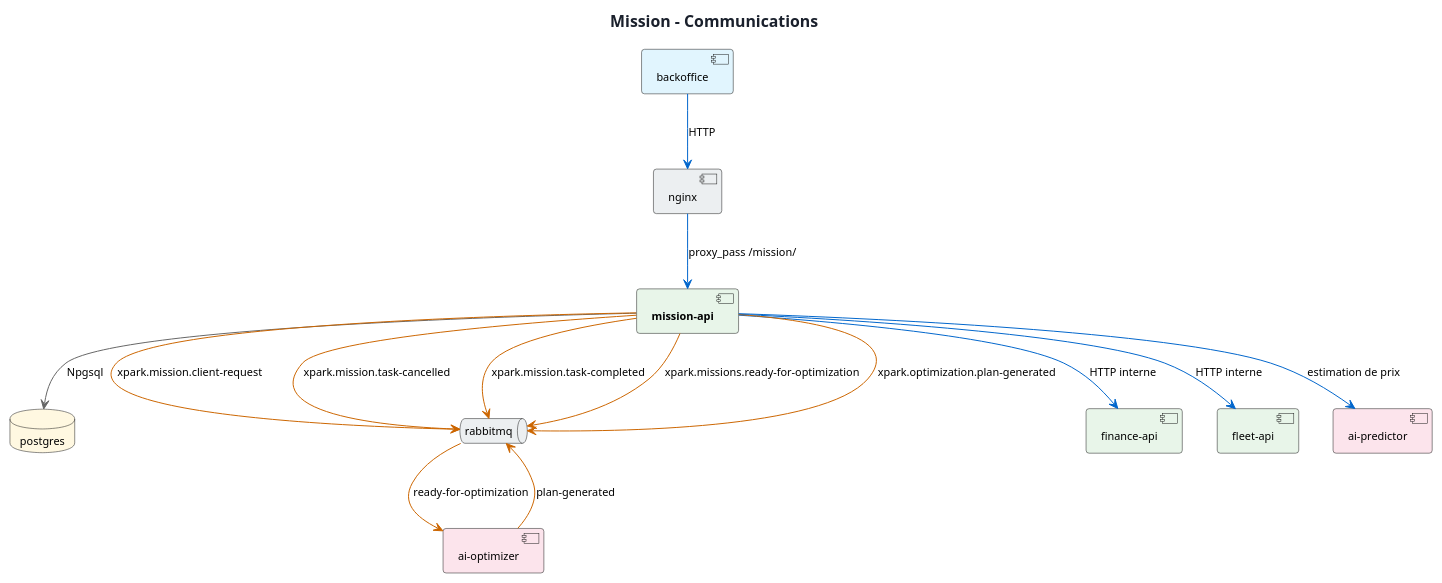
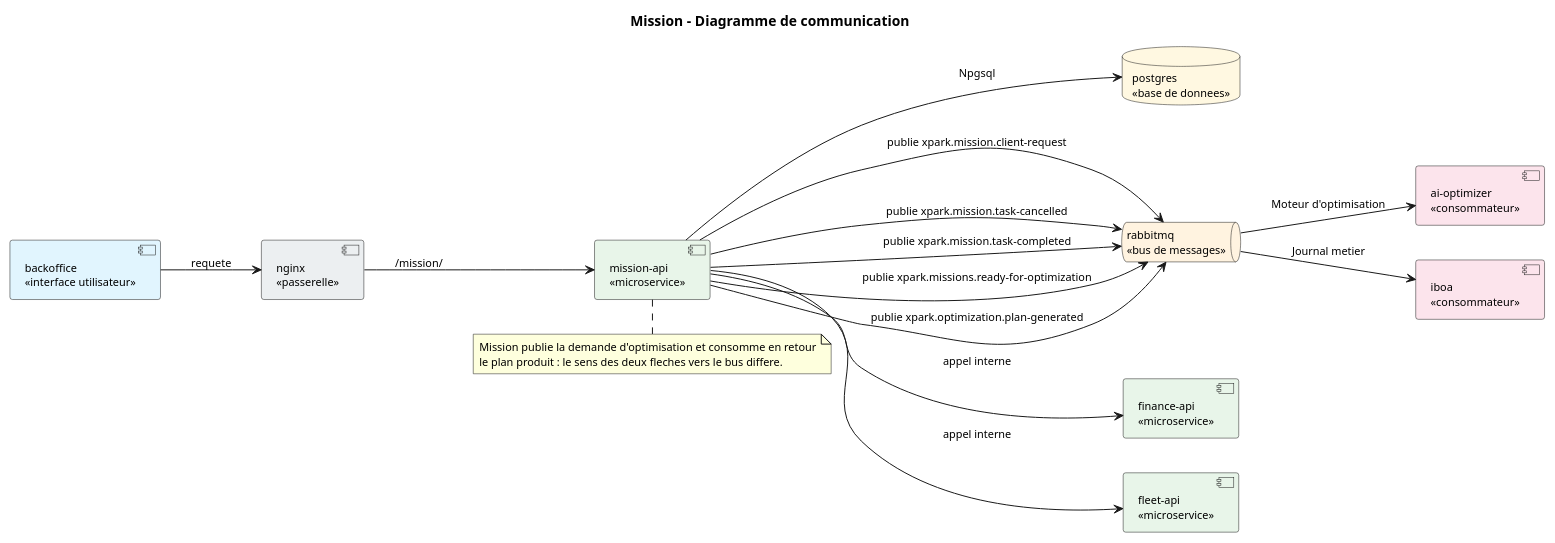
Before and after one commit to saber-barhoumi/Xpark-gmao: the diagram in docs/diagrams/microservices/Mission/Mission-communication.puml, drawn with PlantUML. The commit also changed 23 other files, not shown here.

First line of the commit message:
docs(uml): mise en page des cas d'utilisation et des communications

```diff
--- a/docs/diagrams/microservices/Mission/Mission-communication.puml
+++ b/docs/diagrams/microservices/Mission/Mission-communication.puml
@@ -1,44 +1,56 @@
 @startuml
 skinparam style strictuml
-skinparam backgroundColor #FFFFFF
+skinparam packageStyle rectangle
+skinparam classAttributeIconSize 0
 skinparam shadowing false
 skinparam defaultFontName Verdana
 skinparam defaultFontSize 11
-skinparam roundCorner 6
-skinparam ArrowColor #4A5568
-skinparam TitleFontSize 16
-skinparam TitleFontColor #1A202C
-skinparam NoteBackgroundColor #FFF8DC
-skinparam NoteBorderColor #D6BF7A
+skinparam backgroundColor #FFFFFF
+hide empty members
 skinparam componentStyle rectangle
+left to right direction
 
-title Mission - Communications
 
-skinparam componentStyle rectangle
+title Mission - Diagramme de communication
 
-component "**mission-api**" as ME #E8F5E9
+' 1. Clients
+component "backoffice\n<<interface utilisateur>>" as BO #E1F5FE
 
-component "backoffice" as BO #E1F5FE
-component "nginx" as GWc #ECEFF1
-database "postgres" as PG #FFF8E1
-queue "rabbitmq" as MQ #ECEFF1
+' 2. Passerelle
+component "nginx\n<<passerelle>>" as GW #ECEFF1
 
-BO -[#0066CC]-> GWc : HTTP
-GWc -[#0066CC]-> ME : proxy_pass /mission/
-ME -[#666666]-> PG : Npgsql
-component "finance-api" as finance_api #E8F5E9
-ME -[#0066CC]-> finance_api : HTTP interne
-component "fleet-api" as fleet_api #E8F5E9
-ME -[#0066CC]-> fleet_api : HTTP interne
-ME -[#CC6600]-> MQ : xpark.mission.client-request
-ME -[#CC6600]-> MQ : xpark.mission.task-cancelled
-ME -[#CC6600]-> MQ : xpark.mission.task-completed
-ME -[#CC6600]-> MQ : xpark.missions.ready-for-optimization
-ME -[#CC6600]-> MQ : xpark.optimization.plan-generated
-component "ai-predictor" as AIP #FCE4EC
-ME -[#0066CC]-> AIP : estimation de prix
-component "ai-optimizer" as AIO #FCE4EC
-MQ -[#CC6600]-> AIO : ready-for-optimization
-AIO -[#CC6600]-> MQ : plan-generated
+' 3. Service
+component "mission-api\n<<microservice>>" as API #E8F5E9
+
+' 4. Persistance et messagerie
+database "postgres\n<<base de donnees>>" as BD #FFF8E1
+queue "rabbitmq\n<<bus de messages>>" as MQ #FFF3E0
+component "finance-api\n<<microservice>>" as finance_api #E8F5E9
+component "fleet-api\n<<microservice>>" as fleet_api #E8F5E9
+
+' 5. Consommateurs
+component "ai-optimizer\n<<consommateur>>" as ai_optimizer #FCE4EC
+component "iboa\n<<consommateur>>" as iboa #FCE4EC
+
+' Flux synchrone (HTTP), de gauche a droite
+BO --> GW : requete
+GW --> API : /mission/
+API --> BD : Npgsql
+API --> finance_api : appel interne
+API --> fleet_api : appel interne
+
+' Flux asynchrone (AMQP) : une seule fleche par famille de cles
+API --> MQ : publie xpark.mission.client-request
+API --> MQ : publie xpark.mission.task-cancelled
+API --> MQ : publie xpark.mission.task-completed
+API --> MQ : publie xpark.missions.ready-for-optimization
+API --> MQ : publie xpark.optimization.plan-generated
+MQ --> ai_optimizer : Moteur d'optimisation
+MQ --> iboa : Journal metier
+
+note bottom of API
+  Mission publie la demande d'optimisation et consomme en retour
+  le plan produit : le sens des deux fleches vers le bus differe.
+end note
 
 @enduml
```
